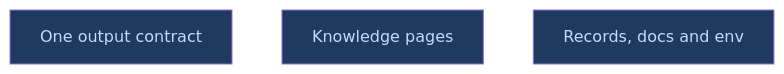
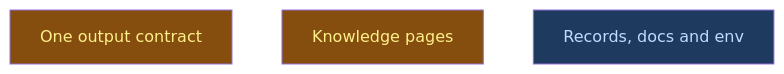
One commit to CrackingShells/Candler changed the diagram in __roadmap__/m6b-surface-consolidation/consolidated/build/outputs/README.md. Above: the diagram before and after it, drawn with Mermaid. The commit also changed other lines of this file and 1 other file, not shown here.

Commit message:
rdm(api): rule the output contract stop points
Amendment A6: C1 is built in resolve through the same PlanMode::Check
pass that run uses; show counts and ingest get records; evaluate and
resolve's failure document stay follow-ups; ps and ls text renders from
the record; ls store is null when unresolved; OWNED gains the schemas
README for the sweep gate; the leaf cap rises to 135 calls. L1 leaves
are marked in progress.

````diff
--- a/__roadmap__/m6b-surface-consolidation/consolidated/build/outputs/README.md
+++ b/__roadmap__/m6b-surface-consolidation/consolidated/build/outputs/README.md
@@ -24,11 +24,11 @@
 ```mermaid
 graph TD
-    output_contract[One output contract]:::amendment
-    knowledge_pages[Knowledge pages]:::amendment
+    output_contract[One output contract]:::inprogress
+    knowledge_pages[Knowledge pages]:::inprogress
     records[Records, docs and env]:::amendment
     classDef done       fill:#166534,color:#bbf7d0
     classDef inprogress fill:#854d0e,color:#fef08a
     classDef planned    fill:#374151,color:#e5e7eb
     classDef amendment  fill:#1e3a5f,color:#bfdbfe
     classDef blocked    fill:#7f1d1d,color:#fecaca
 ```
````
